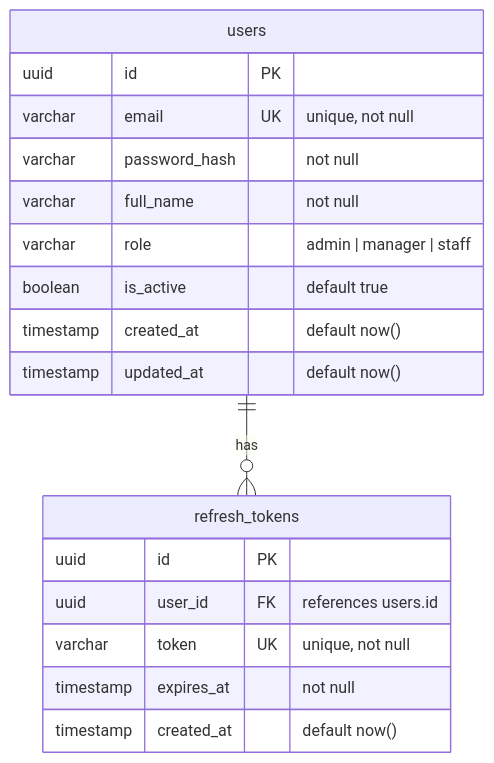
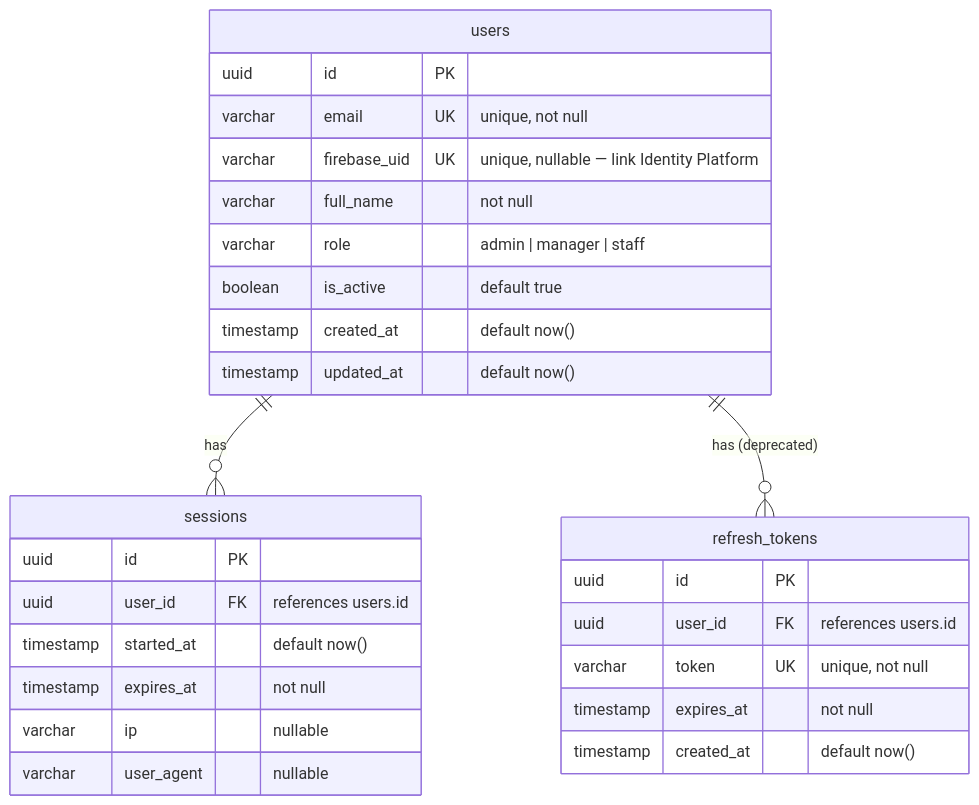
Before and after one commit to ndmthuan97/ERP-Prototype-Example: the first of 7 diagrams in docs/architecture/data-model.md, drawn with Mermaid. The commit also changed other lines of this file and 200 other files, not shown here.

First line of the commit message:
feat(auth): integrate Google sign-in with Firebase Identity Platform

````diff
--- a/docs/architecture/data-model.md
+++ b/docs/architecture/data-model.md
@@ -53,23 +53,33 @@
 ```mermaid
 erDiagram
     users {
         uuid id PK
         varchar email UK "unique, not null"
-        varchar password_hash "not null"
+        varchar firebase_uid UK "unique, nullable — link Identity Platform"
         varchar full_name "not null"
         varchar role "admin | manager | staff"
         boolean is_active "default true"
         timestamp created_at "default now()"
         timestamp updated_at "default now()"
+    }
+
+    sessions {
+        uuid id PK
+        uuid user_id FK "references users.id"
+        timestamp started_at "default now()"
+        timestamp expires_at "not null"
+        varchar ip "nullable"
+        varchar user_agent "nullable"
     }
 
     refresh_tokens {
         uuid id PK
         uuid user_id FK "references users.id"
         varchar token UK "unique, not null"
         timestamp expires_at "not null"
         timestamp created_at "default now()"
     }
 
-    users ||--o{ refresh_tokens : "has"
+    users ||--o{ sessions : "has"
+    users ||--o{ refresh_tokens : "has (deprecated)"
 ```
````
